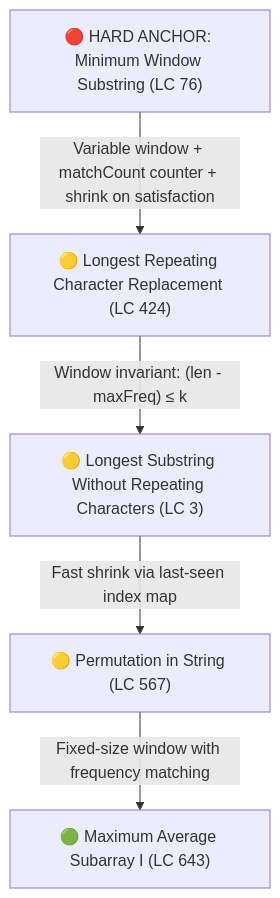
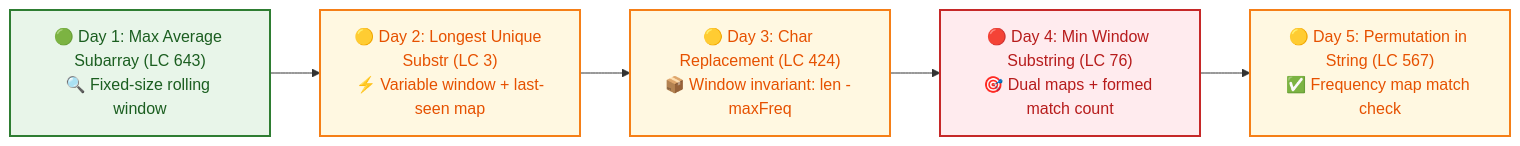
The second of 19 diagrams in Senior_dsa_question_list.md (dip4k/DSA_102), drawn with Mermaid before and after one commit. The commit also changed other lines of this file and 332 other files, not shown here.

````diff
--- a/Senior_dsa_question_list.md
+++ b/Senior_dsa_question_list.md
@@ -95,7 +105,14 @@
 ```mermaid
-flowchart TD
-    A["🔴 HARD ANCHOR: Minimum Window Substring (LC 76)"] -->|"Variable window + matchCount counter + shrink on satisfaction"| B["🟡 Longest Repeating Character Replacement (LC 424)"]
-    B -->|"Window invariant: (len - maxFreq) ≤ k"| C["🟡 Longest Substring Without Repeating Characters (LC 3)"]
-    C -->|"Fast shrink via last-seen index map"| D["🟡 Permutation in String (LC 567)"]
-    D -->|"Fixed-size window with frequency matching"| E["🟢 Maximum Average Subarray I (LC 643)"]
+flowchart LR
+    classDef startNode fill:#e8f5e9,stroke:#2e7d32,stroke-width:2px,color:#1b5e20
+    classDef midNode fill:#fff8e1,stroke:#f57f17,stroke-width:2px,color:#e65100
+    classDef hardNode fill:#ffebee,stroke:#c62828,stroke-width:2px,color:#b71c1c
+
+    A["🟢 Day 1: Max Average Subarray (LC 643)<br/>🔍 Fixed-size rolling window"]:::startNode
+    B["🟡 Day 2: Longest Unique Substr (LC 3)<br/>⚡ Variable window + last-seen map"]:::midNode
+    C["🟡 Day 3: Char Replacement (LC 424)<br/>📦 Window invariant: len - maxFreq"]:::midNode
+    D["🔴 Day 4: Min Window Substring (LC 76)<br/>🎯 Dual maps + formed match count"]:::hardNode
+    E["🟡 Day 5: Permutation in String (LC 567)<br/>✅ Frequency map match check"]:::midNode
+
+    A --> B --> C --> D --> E
 ```
````
